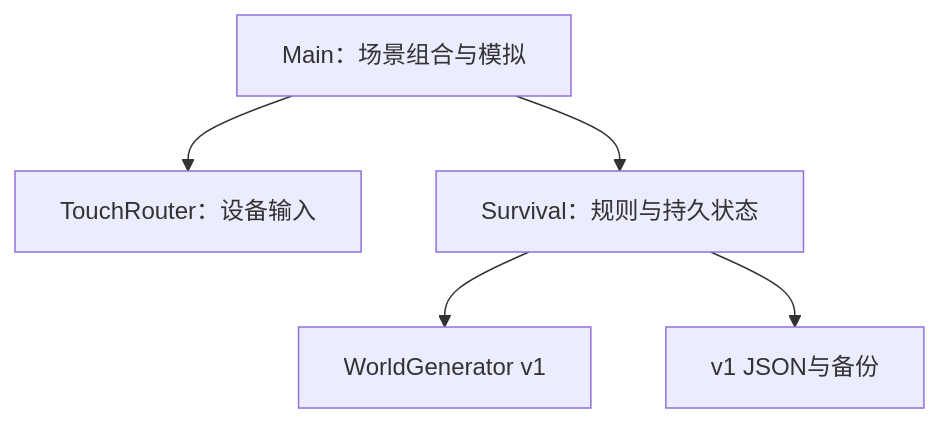
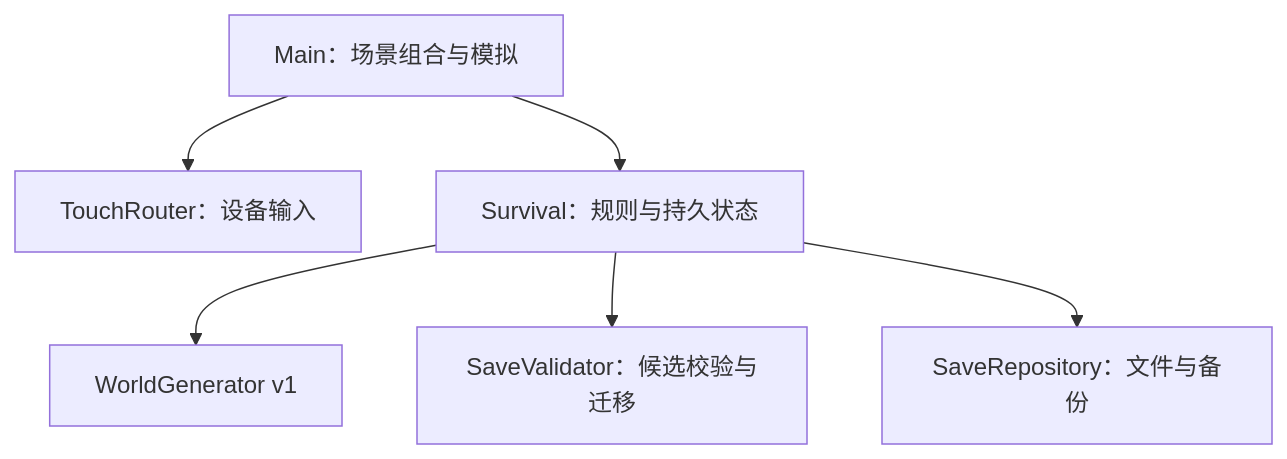
One commit to 54854434/ember-camp changed the diagram in docs/ARCHITECTURE.md. Above: the diagram before and after it, drawn with Mermaid. The commit also changed other lines of this file and 16 other files, not shown here.

````diff
--- a/docs/ARCHITECTURE.md
+++ b/docs/ARCHITECTURE.md
@@ -7,7 +7,8 @@
 ```mermaid
 flowchart TD
     Main["Main：场景组合与模拟"] --> Touch["TouchRouter：设备输入"]
     Main --> State["Survival：规则与持久状态"]
     State --> Generator["WorldGenerator v1"]
-    State --> Save["v1 JSON与备份"]
+    State --> Validator["SaveValidator：候选校验与迁移"]
+    State --> Save["SaveRepository：文件与备份"]
 ```
````
